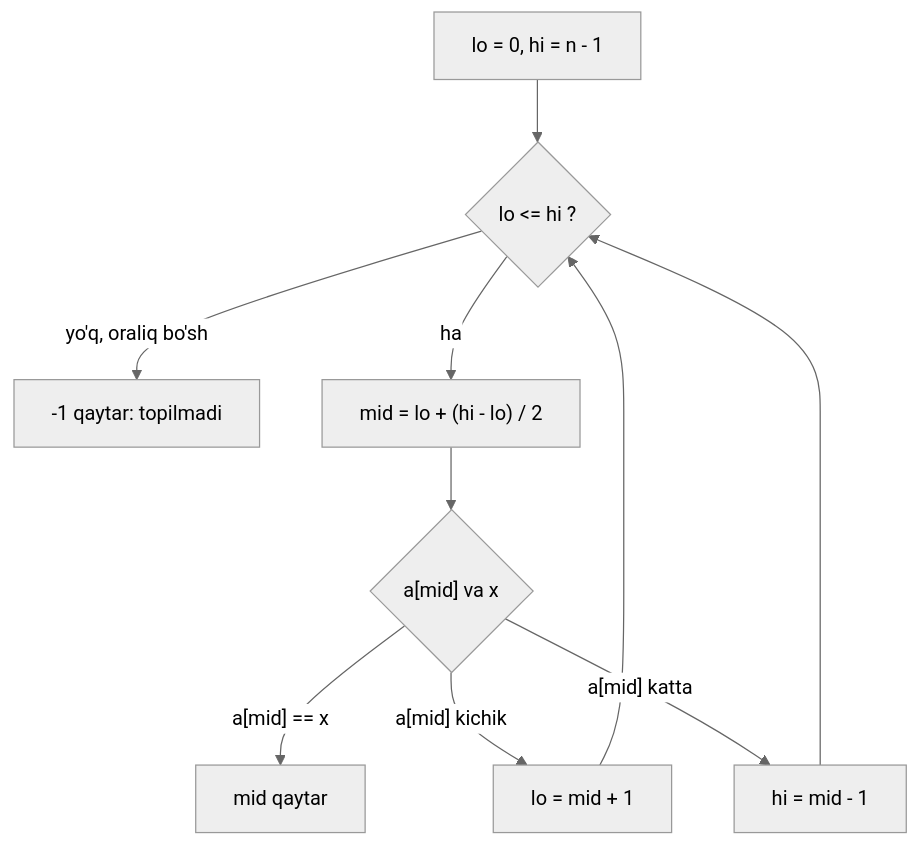
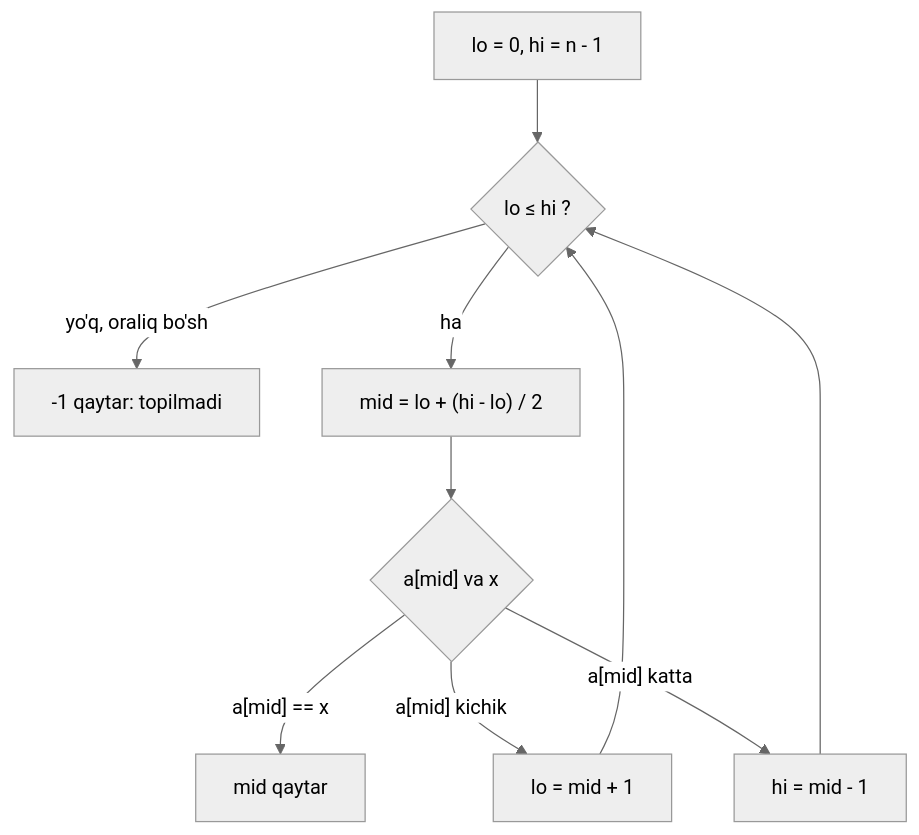
One commit to khabibkhanov/courses changed the diagram in content/cs50/015.md. Above: the diagram before and after it, drawn with Mermaid (neutral theme). The commit also changed other lines of this file and 1 other file, not shown here.

First line of the commit message:
CS50 15-16: fakt tekshiruvi tuzatishlari (lower_bound o'qishlari, overflow chegarasi, mermaid, isbot)

````diff
--- a/content/cs50/015.md
+++ b/content/cs50/015.md
@@ -116,12 +116,12 @@
 ```mermaid
 flowchart TD
-    A["lo = 0, hi = n - 1"] --> B{"lo <= hi ?"}
+    A["lo = 0, hi = n - 1"] --> B{"lo ≤ hi ?"}
     B -->|"yo'q, oraliq bo'sh"| N["-1 qaytar: topilmadi"]
     B -->|"ha"| C["mid = lo + (hi - lo) / 2"]
     C --> D{"a[mid] va x"}
     D -->|"a[mid] == x"| F["mid qaytar"]
     D -->|"a[mid] kichik"| L["lo = mid + 1"]
     D -->|"a[mid] katta"| H["hi = mid - 1"]
     L --> B
     H --> B
 ```
````
